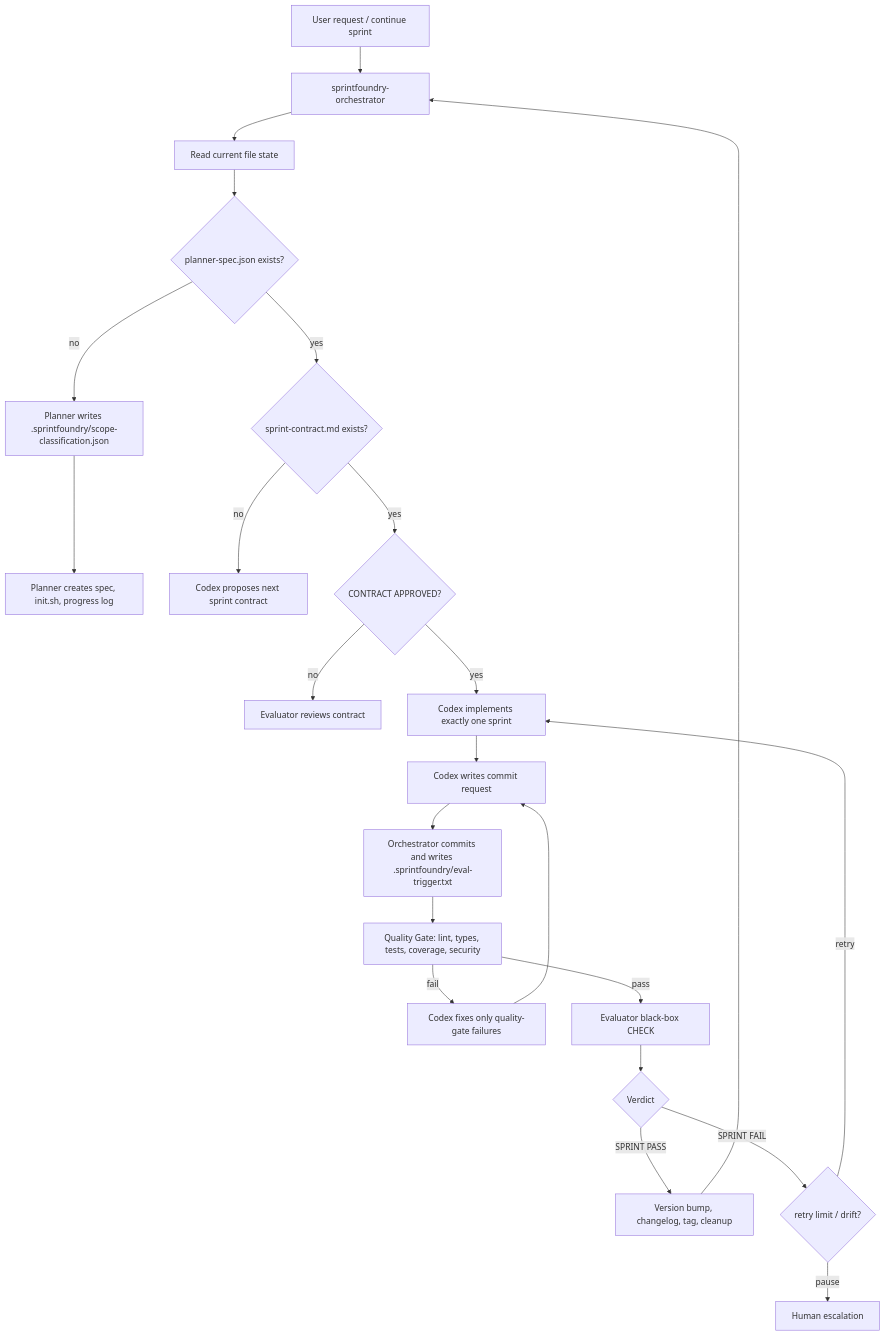
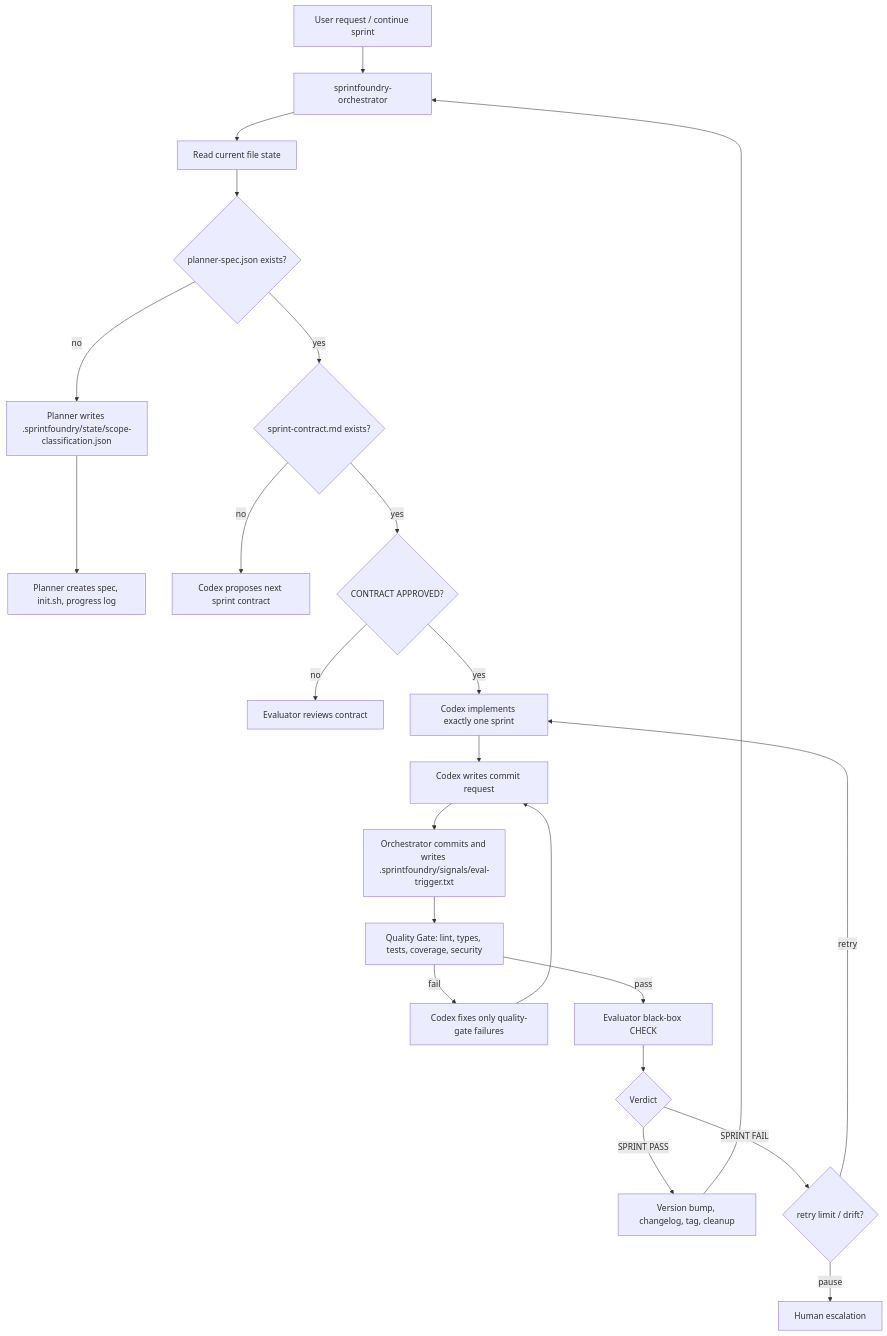
The diagram in README.md (YuSec2021/sprintfoundry), drawn with Mermaid before and after one commit. The commit also changed other lines of this file and 37 other files, not shown here.

````diff
--- a/README.md
+++ b/README.md
@@ -79,25 +79,25 @@
 ```mermaid
 flowchart TD
     A["User request / continue sprint"] --> O["sprintfoundry-orchestrator"]
     O --> S["Read current file state"]
     S --> P{"planner-spec.json exists?"}
-    P -- no --> SC["Planner writes .sprintfoundry/scope-classification.json"]
+    P -- no --> SC["Planner writes .sprintfoundry/state/scope-classification.json"]
     SC --> PL["Planner creates spec, init.sh, progress log"]
     P -- yes --> C{"sprint-contract.md exists?"}
     C -- no --> NC["Codex proposes next sprint contract"]
     C -- yes --> A1{"CONTRACT APPROVED?"}
     A1 -- no --> CR["Evaluator reviews contract"]
     A1 -- yes --> G["Codex implements exactly one sprint"]
     G --> RQ["Codex writes commit request"]
-    RQ --> T["Orchestrator commits and writes .sprintfoundry/eval-trigger.txt"]
+    RQ --> T["Orchestrator commits and writes .sprintfoundry/signals/eval-trigger.txt"]
     T --> Q["Quality Gate: lint, types, tests, coverage, security"]
     Q -- fail --> QF["Codex fixes only quality-gate failures"]
     QF --> RQ
     Q -- pass --> E["Evaluator black-box CHECK"]
     E --> R{"Verdict"}
     R -- "SPRINT PASS" --> V["Version bump, changelog, tag, cleanup"]
     R -- "SPRINT FAIL" --> F{"retry limit / drift?"}
     F -- retry --> G
     F -- pause --> H["Human escalation"]
     V --> O
 ```
````
